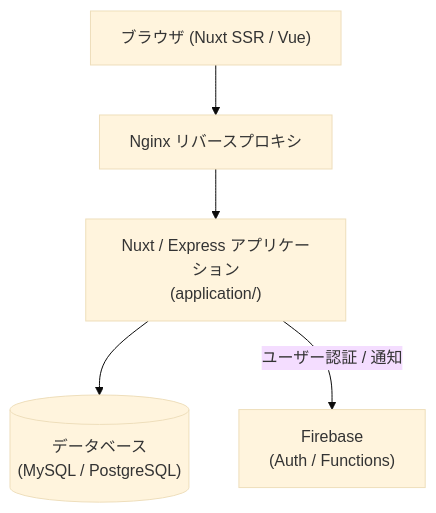
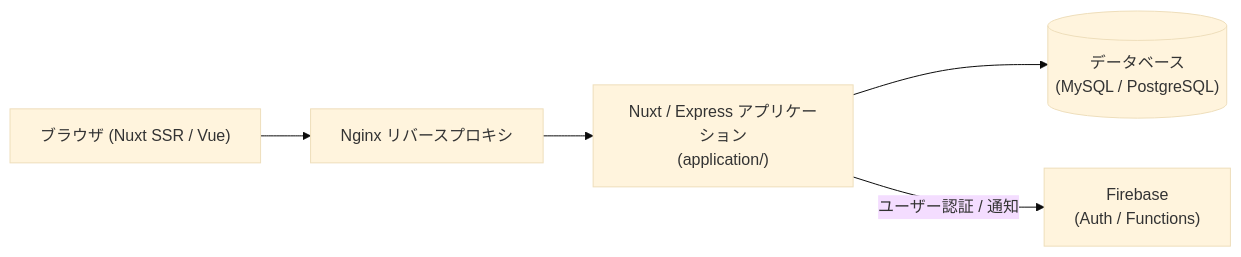
One commit to shin4488/no1-company-share changed the diagram in README.md. Above: the diagram before and after it, drawn with Mermaid (base theme).

Commit message:
docs: READMEのMermaid構成図をTDからLRに変更

````diff
--- a/README.md
+++ b/README.md
@@ -18,7 +18,7 @@
 ```mermaid
-flowchart TD
+flowchart LR
     Client["ブラウザ (Nuxt SSR / Vue)"] --> Web["Nginx リバースプロキシ"]
     Web --> App["Nuxt / Express アプリケーション<br>(application/)"]
     App --> DB[("データベース<br>(MySQL / PostgreSQL)")]
     App -->|"ユーザー認証 / 通知"| FB["Firebase<br>(Auth / Functions)"]
 ```
````
